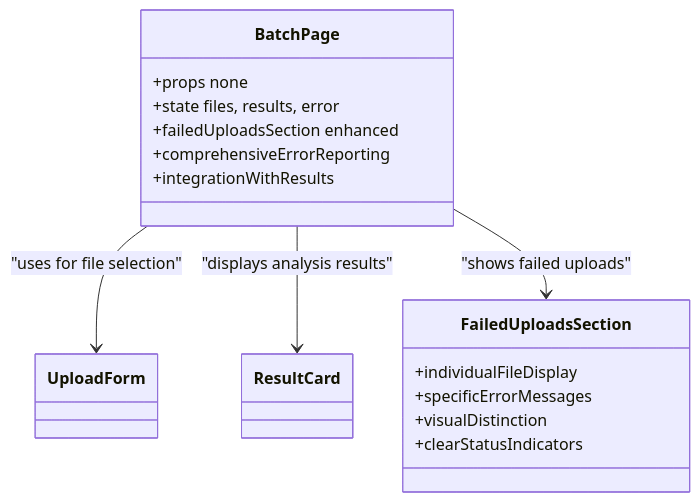
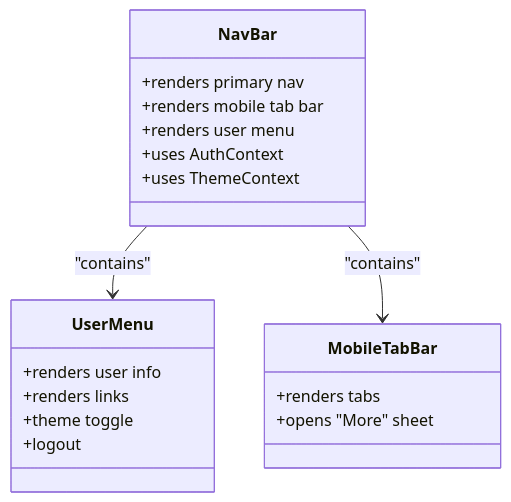
One commit to Revanththetalogics/aireume changed the fourth of 12 diagrams in .qoder/repowiki/en/content/Frontend Architecture/Component Library/Component Library.md. Above: the diagram before and after it, drawn with Mermaid. The commit also changed other lines of this file and 39 other files, not shown here.

````diff
--- a/.qoder/repowiki/en/content/Frontend Architecture/Component Library/Component Library.md
+++ b/.qoder/repowiki/en/content/Frontend Architecture/Component Library/Component Library.md
@@ -331,21 +263,22 @@
 ```mermaid
 classDiagram
-class BatchPage {
-+props none
-+state files, results, error
-+failedUploadsSection enhanced
-+comprehensiveErrorReporting
-+integrationWithResults
+class NavBar {
++renders primary nav
++renders mobile tab bar
++renders user menu
++uses AuthContext
++uses ThemeContext
 }
-class UploadForm
-class ResultCard
-class FailedUploadsSection {
-+individualFileDisplay
-+specificErrorMessages
-+visualDistinction
-+clearStatusIndicators
+class UserMenu {
++renders user info
++renders links
++theme toggle
++logout
 }
-BatchPage --> UploadForm : "uses for file selection"
-BatchPage --> ResultCard : "displays analysis results"
-BatchPage --> FailedUploadsSection : "shows failed uploads"
+class MobileTabBar {
++renders tabs
++opens "More" sheet
+}
+NavBar --> UserMenu : "contains"
+NavBar --> MobileTabBar : "contains"
 ```
````
